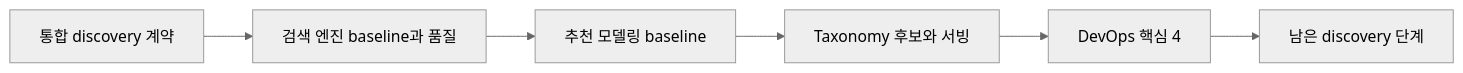
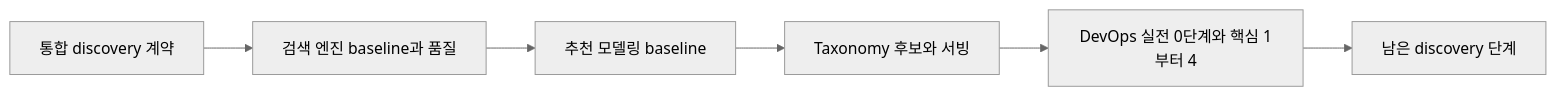
One commit to dc-choi/interview changed the diagram in fit/growth/learning/roadmaps/2027-Search-Recommendation-Roadmap.md. Above: the diagram before and after it, drawn with Mermaid (neutral theme). The commit also changed 5 other files, not shown here.

````diff
--- a/fit/growth/learning/roadmaps/2027-Search-Recommendation-Roadmap.md
+++ b/fit/growth/learning/roadmaps/2027-Search-Recommendation-Roadmap.md
@@ -30,8 +30,8 @@
 ```mermaid
 flowchart LR
   A[통합 discovery 계약] --> B[검색 엔진 baseline과 품질]
   B --> C[추천 모델링 baseline]
   C --> D[Taxonomy 후보와 서빙]
-  D --> E[DevOps 핵심 4]
+  D --> E[DevOps 실전 0단계와 핵심 1부터 4]
   E --> F[남은 discovery 단계]
 ```
````
